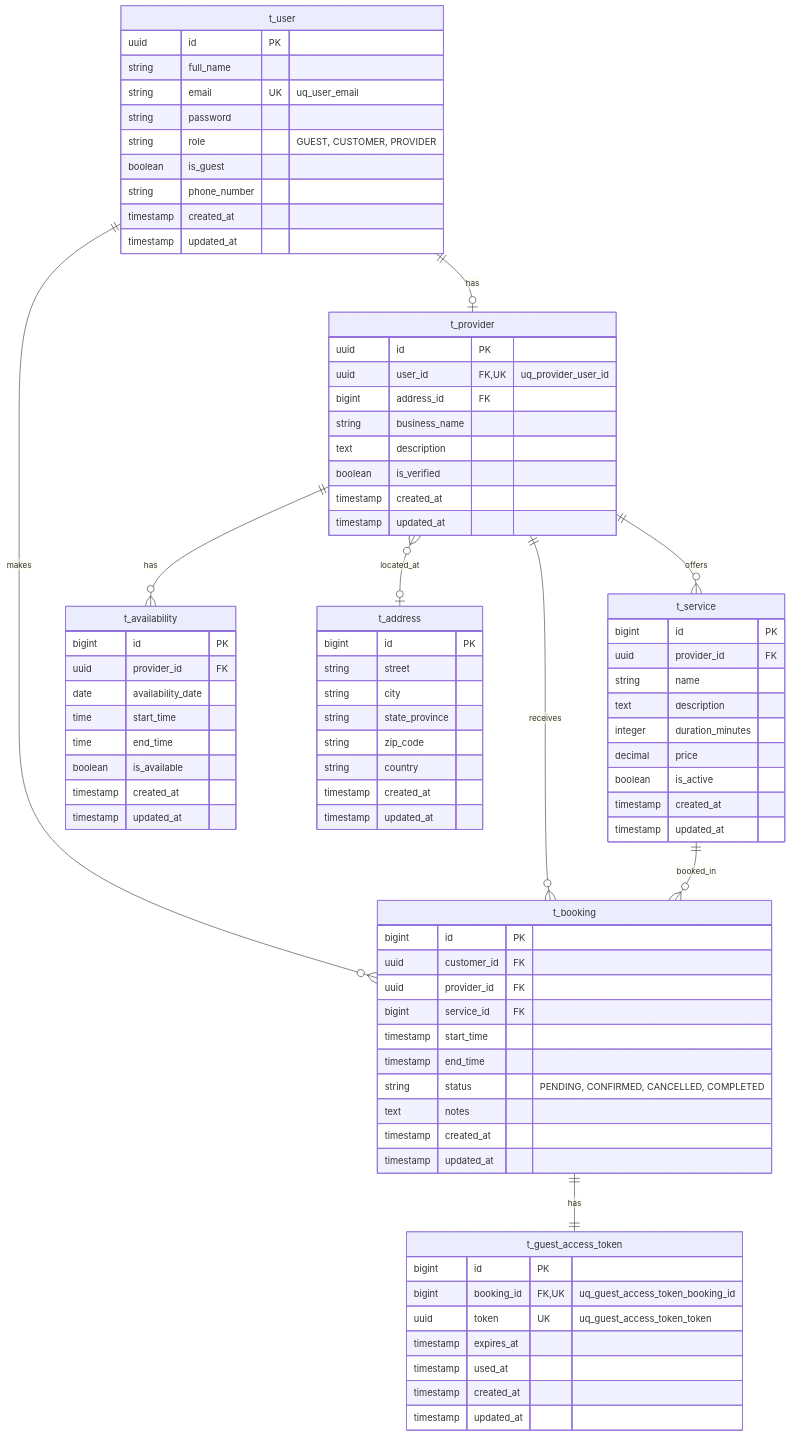
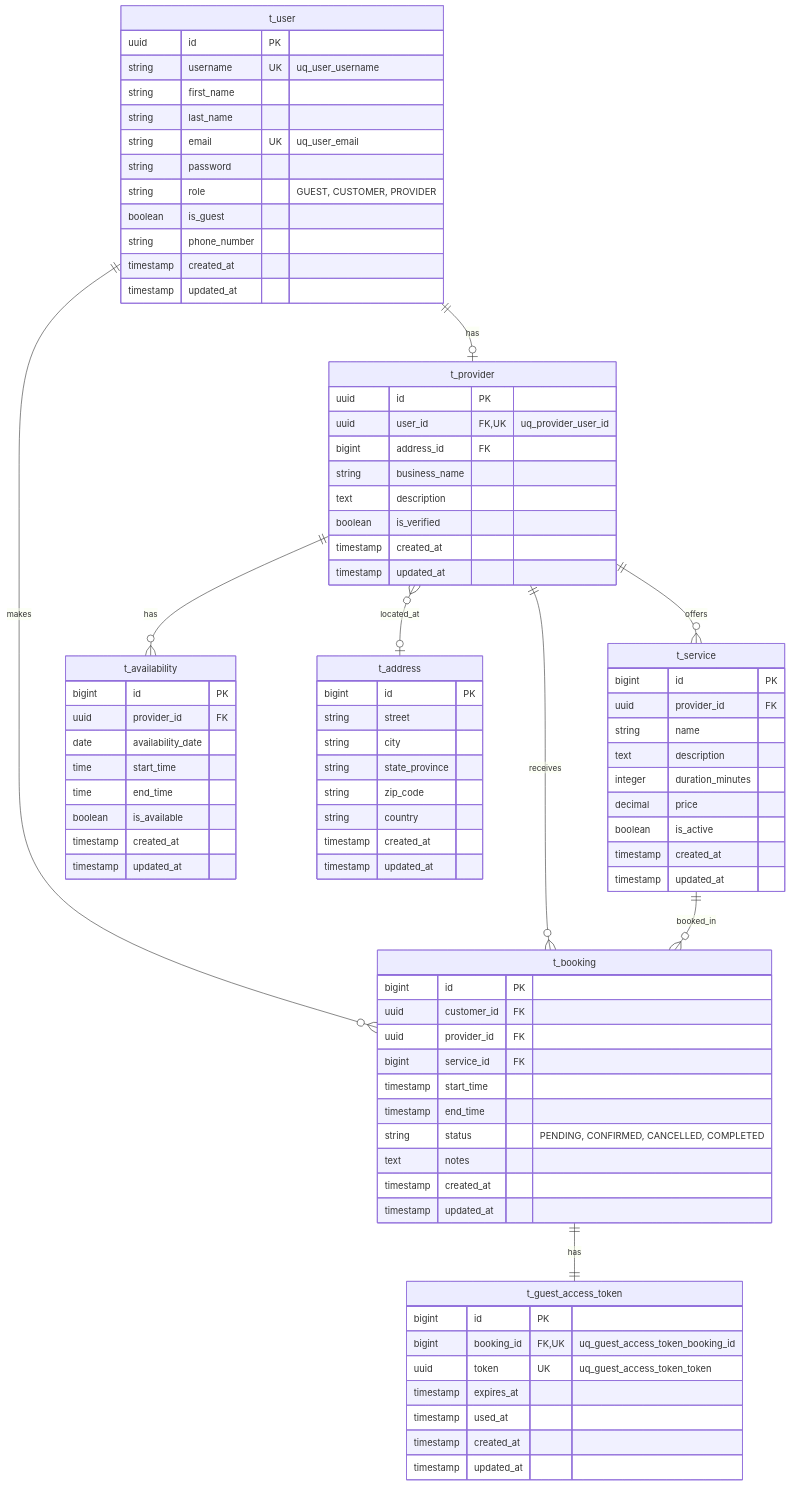
The diagram in README.md (unfinitas/bookora), drawn with Mermaid before and after one commit. The commit also changed other lines of this file and 41 other files, not shown here.

```diff
--- a/README.md
+++ b/README.md
@@ -38,7 +38,9 @@
 
     t_user {
         uuid id PK
-        string full_name
+        string username UK "uq_user_username"
+        string first_name
+        string last_name
         string email UK "uq_user_email"
         string password
         string role "GUEST, CUSTOMER, PROVIDER"
```
